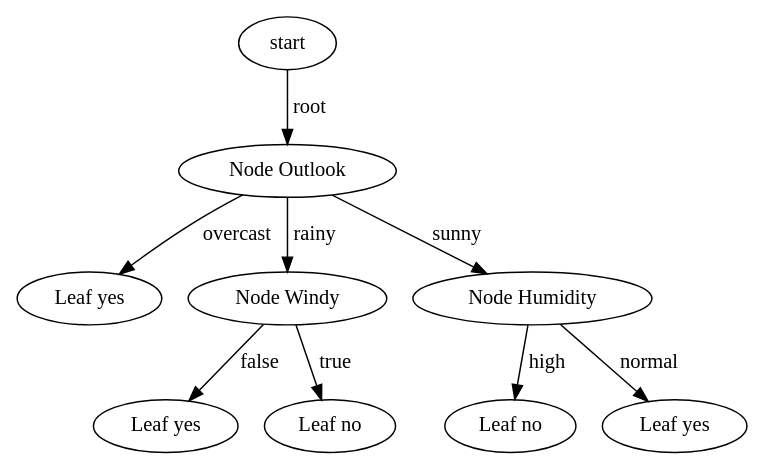
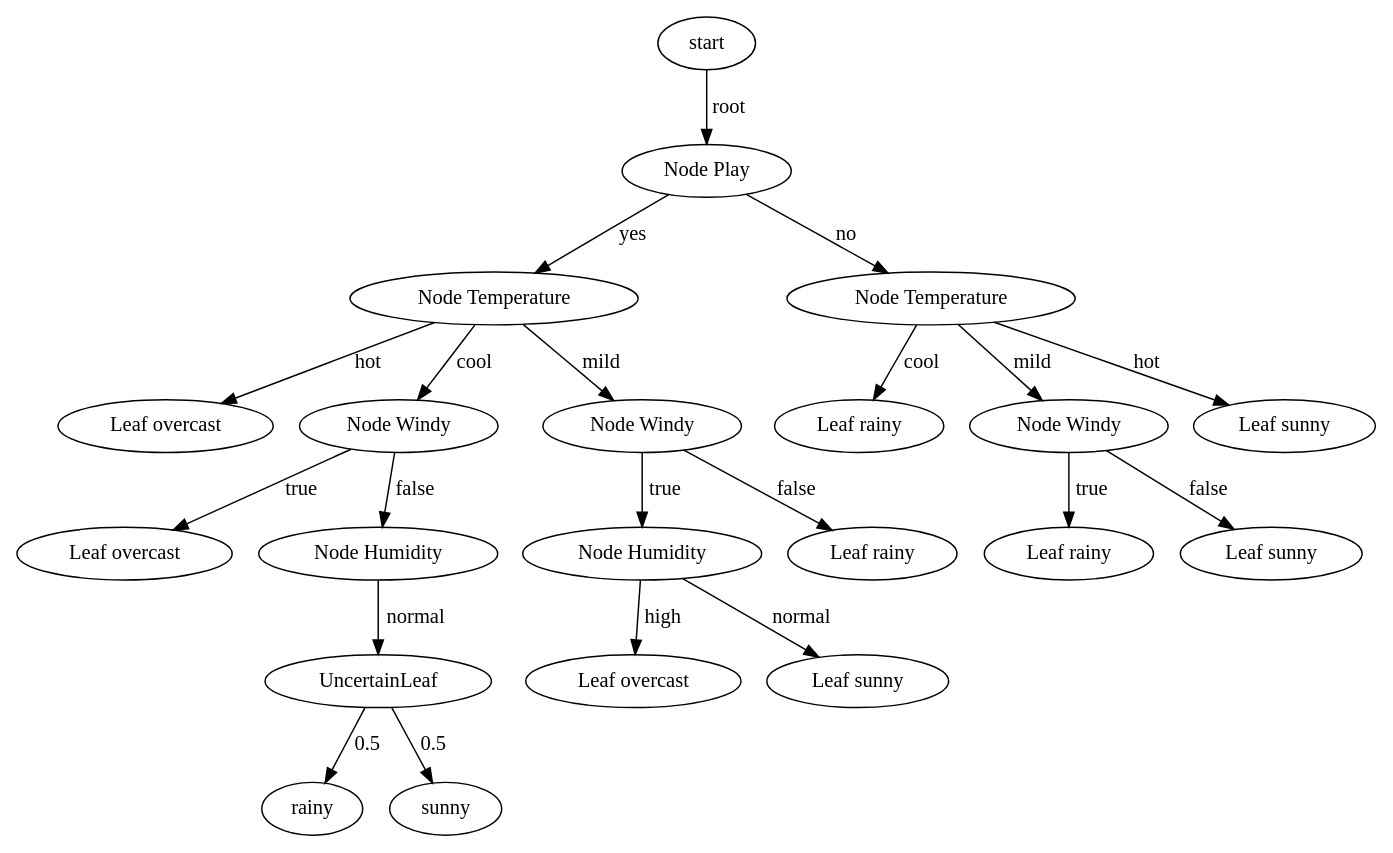
One commit to JorenVdV/Functional-Programming-Project changed the diagram in weather.dot. Above: the diagram before and after it, drawn with Graphviz. The commit also changed 2 other files, not shown here.

Commit message:
fixed bugg with false positive uncertainty

```diff
--- a/weather.dot
+++ b/weather.dot
@@ -1,18 +1,42 @@
 digraph id3Tree{
-	start -> startroot [label="root"];
-	startroot [label="Node Outlook"];
-	startroot -> 	startrootovercast[label="overcast"];
-	startrootovercast[label="Leaf yes"];
-	startroot -> 	startrootrainy [label="rainy"];
-	startrootrainy [label="Node Windy"];
-	startrootrainy -> 	startrootrainyfalse[label="false"];
-	startrootrainyfalse[label="Leaf yes"];
-	startrootrainy -> 	startrootrainytrue[label="true"];
-	startrootrainytrue[label="Leaf no"];
-	startroot -> 	startrootsunny [label="sunny"];
-	startrootsunny [label="Node Humidity"];
-	startrootsunny -> 	startrootsunnyhigh[label="high"];
-	startrootsunnyhigh[label="Leaf no"];
-	startrootsunny -> 	startrootsunnynormal[label="normal"];
-	startrootsunnynormal[label="Leaf yes"];
+	start -> 	startroot [label="root"];
+	startroot [label="Node Play"];
+	startroot -> 	startrootyes [label="yes"];
+	startrootyes [label="Node Temperature"];
+	startrootyes -> 	startrootyeshot[label="hot"];
+	startrootyeshot[label="Leaf overcast"];
+	startrootyes -> 	startrootyescool [label="cool"];
+	startrootyescool [label="Node Windy"];
+	startrootyescool -> 	startrootyescooltrue[label="true"];
+	startrootyescooltrue[label="Leaf overcast"];
+	startrootyescool -> 	startrootyescoolfalse [label="false"];
+	startrootyescoolfalse [label="Node Humidity"];
+	startrootyescoolfalse -> 	startrootyescoolfalsenormal[label=normal];
+	startrootyescoolfalsenormal[label="UncertainLeaf"];
+	startrootyescoolfalsenormal -> 	startrootyescoolfalsenormalrainy [label=0.5];
+	startrootyescoolfalsenormalrainy [label="rainy"];
+	startrootyescoolfalsenormal -> 	startrootyescoolfalsenormalsunny [label=0.5];
+	startrootyescoolfalsenormalsunny [label="sunny"];
+	startrootyes -> 	startrootyesmild [label="mild"];
+	startrootyesmild [label="Node Windy"];
+	startrootyesmild -> 	startrootyesmildtrue [label="true"];
+	startrootyesmildtrue [label="Node Humidity"];
+	startrootyesmildtrue -> 	startrootyesmildtruehigh[label="high"];
+	startrootyesmildtruehigh[label="Leaf overcast"];
+	startrootyesmildtrue -> 	startrootyesmildtruenormal[label="normal"];
+	startrootyesmildtruenormal[label="Leaf sunny"];
+	startrootyesmild -> 	startrootyesmildfalse[label="false"];
+	startrootyesmildfalse[label="Leaf rainy"];
+	startroot -> 	startrootno [label="no"];
+	startrootno [label="Node Temperature"];
+	startrootno -> 	startrootnocool[label="cool"];
+	startrootnocool[label="Leaf rainy"];
+	startrootno -> 	startrootnomild [label="mild"];
+	startrootnomild [label="Node Windy"];
+	startrootnomild -> 	startrootnomildtrue[label="true"];
+	startrootnomildtrue[label="Leaf rainy"];
+	startrootnomild -> 	startrootnomildfalse[label="false"];
+	startrootnomildfalse[label="Leaf sunny"];
+	startrootno -> 	startrootnohot[label="hot"];
+	startrootnohot[label="Leaf sunny"];
 }
```
